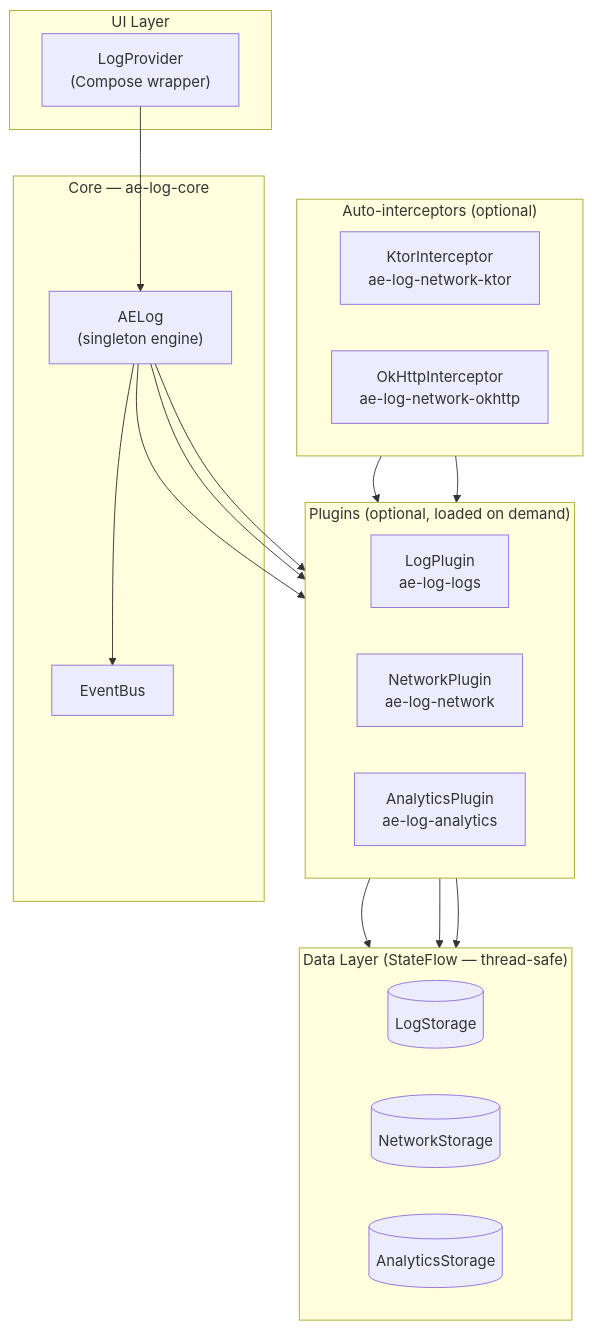
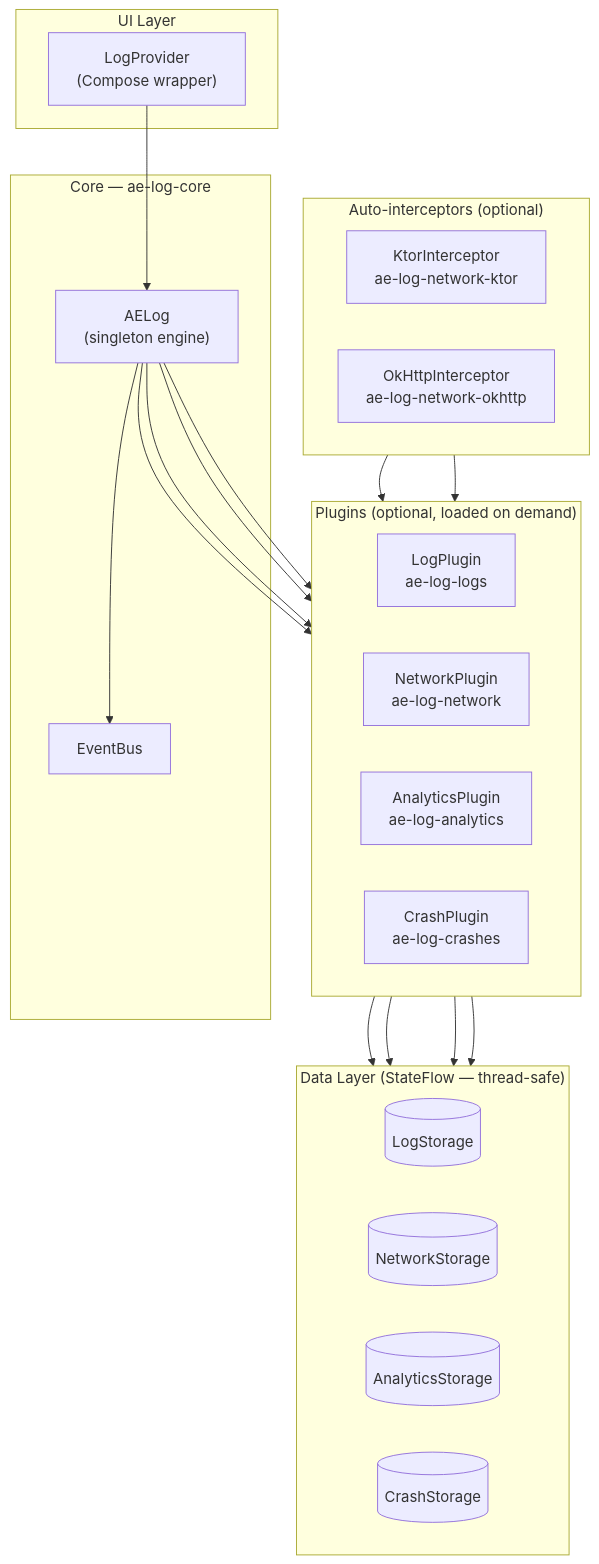
The diagram in README.md (abdo-essam/AELog), drawn with Mermaid before and after one commit. The commit also changed other lines of this file and 4 other files, not shown here.

First line of the commit message:
docs: Add crash plugin to documentation

````diff
--- a/README.md
+++ b/README.md
@@ -357,42 +382,46 @@
 ```mermaid
 graph TD
     subgraph UI ["UI Layer"]
         LP["LogProvider\n(Compose wrapper)"]
     end
 
     subgraph Core ["Core — ae-log-core"]
         AE["AELog\n(singleton engine)"]
         EB["EventBus"]
     end
 
     subgraph Plugins ["Plugins (optional, loaded on demand)"]
         direction LR
         LP1["LogPlugin\nae-log-logs"]
         NP["NetworkPlugin\nae-log-network"]
         AP["AnalyticsPlugin\nae-log-analytics"]
+        CP["CrashPlugin\nae-log-crashes"]
     end
 
     subgraph Storage ["Data Layer (StateFlow — thread-safe)"]
         direction LR
         LS[("LogStorage")]
         NS[("NetworkStorage")]
         AS[("AnalyticsStorage")]
+        CS[("CrashStorage")]
     end
 
     subgraph Interceptors ["Auto-interceptors (optional)"]
         direction LR
         KI["KtorInterceptor\nae-log-network-ktor"]
         OI["OkHttpInterceptor\nae-log-network-okhttp"]
     end
 
     LP --> AE
     AE --> EB
     AE --> LP1
     AE --> NP
     AE --> AP
+    AE --> CP
     LP1 --> LS
     NP --> NS
     AP --> AS
+    CP --> CS
     KI --> NP
     OI --> NP
 ```
````
